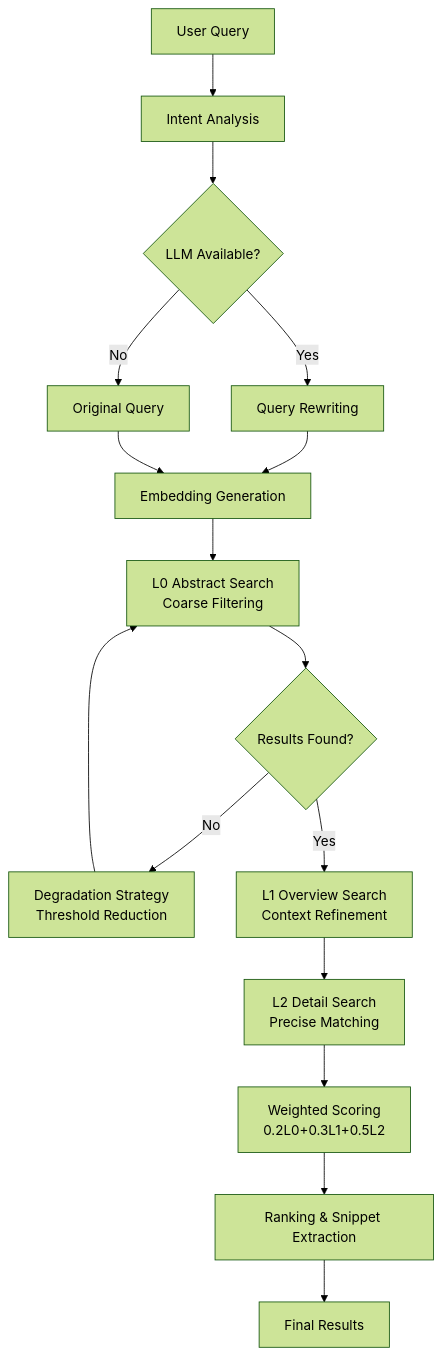
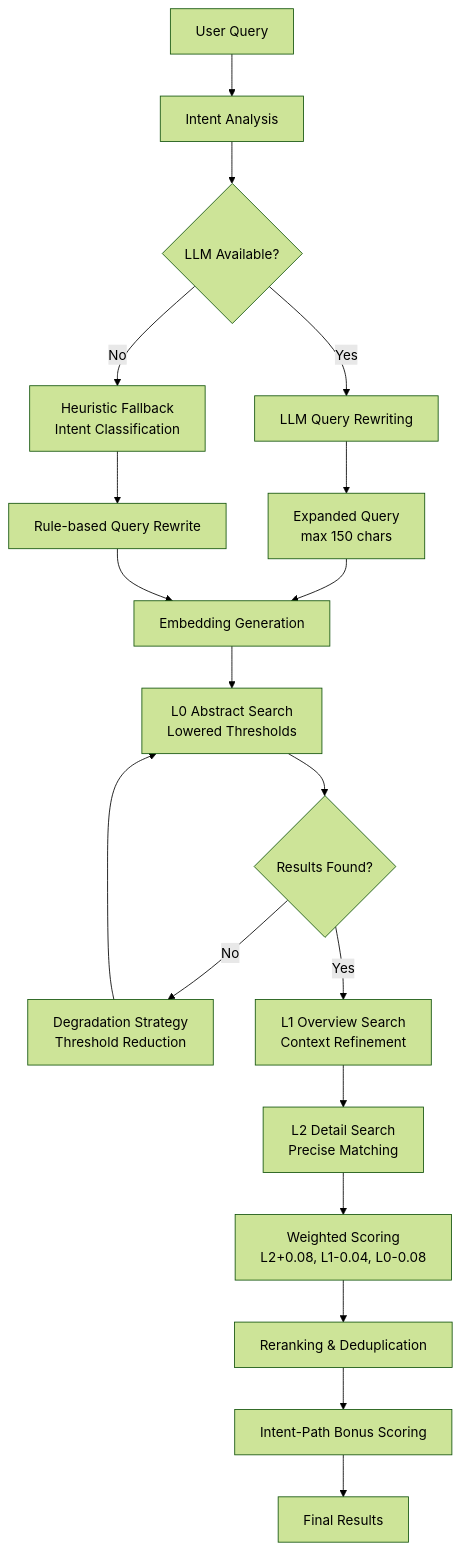
The diagram in litho.docs/en/4.Deep-Exploration/Search Engine Domain.md (donsummerwind/cortex-mem), drawn with Mermaid (forest theme) before and after one commit. The commit also changed other lines of this file and 6 other files, not shown here.

````diff
--- a/litho.docs/en/4.Deep-Exploration/Search Engine Domain.md
+++ b/litho.docs/en/4.Deep-Exploration/Search Engine Domain.md
@@ -28,18 +29,21 @@
 ```mermaid
 graph TD
     A[User Query] --> B[Intent Analysis]
     B --> C{LLM Available?}
-    C -->|Yes| D[Query Rewriting]
-    C -->|No| E[Original Query]
-    D --> F[Embedding Generation]
-    E --> F
-    F --> G[L0 Abstract Search<br/>Coarse Filtering]
-    G --> H{Results Found?}
-    H -->|No| I[Degradation Strategy<br/>Threshold Reduction]
-    H -->|Yes| J[L1 Overview Search<br/>Context Refinement]
-    I --> G
-    J --> K[L2 Detail Search<br/>Precise Matching]
-    K --> L[Weighted Scoring<br/>0.2L0+0.3L1+0.5L2]
-    L --> M[Ranking & Snippet Extraction]
-    M --> N[Final Results]
+    C -->|Yes| D[LLM Query Rewriting]
+    C -->|No| E[Heuristic Fallback<br/>Intent Classification]
+    D --> F[Expanded Query<br/>max 150 chars]
+    E --> G[Rule-based Query Rewrite]
+    F --> H[Embedding Generation]
+    G --> H
+    H --> I[L0 Abstract Search<br/>Lowered Thresholds]
+    I --> J{Results Found?}
+    J -->|No| K[Degradation Strategy<br/>Threshold Reduction]
+    J -->|Yes| L[L1 Overview Search<br/>Context Refinement]
+    K --> I
+    L --> M[L2 Detail Search<br/>Precise Matching]
+    M --> N[Weighted Scoring<br/>L2+0.08, L1-0.04, L0-0.08]
+    N --> O[Reranking & Deduplication]
+    O --> P[Intent-Path Bonus Scoring]
+    P --> Q[Final Results]
 ```
````
